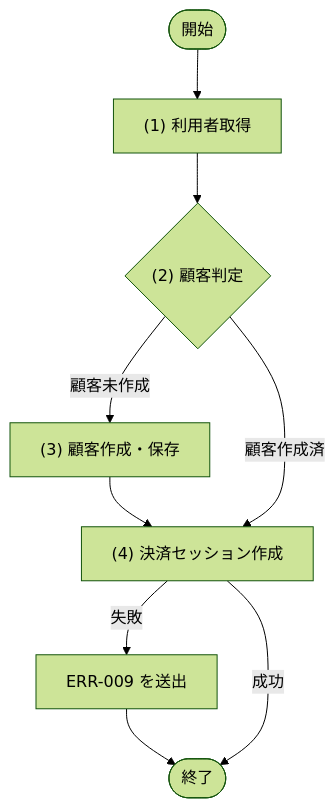
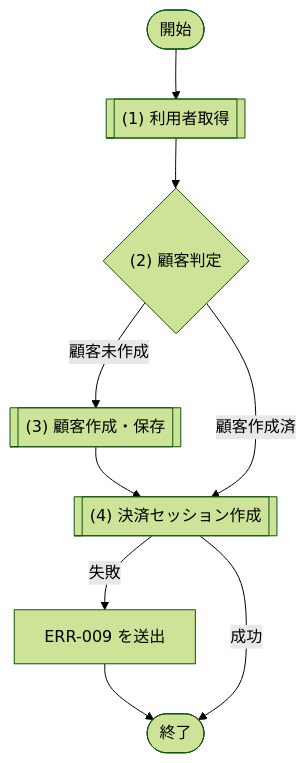
One commit to sikakou54/system-document-template changed the second of 6 diagrams in docs/03_機能設計/05_モジュール設計/MOD-007_課金サービス.md. Above: the diagram before and after it, drawn with Mermaid (forest theme). The commit also changed other lines of this file and 28 other files, not shown here.

````diff
--- a/docs/03_機能設計/05_モジュール設計/MOD-007_課金サービス.md
+++ b/docs/03_機能設計/05_モジュール設計/MOD-007_課金サービス.md
@@ -131,16 +131,16 @@
 ```mermaid
 flowchart TD
   Start([開始])
-  P1["(1) 利用者取得"]
+  P1[["(1) 利用者取得"]]
   D1{"(2) 顧客判定"}
-  P2["(3) 顧客作成・保存"]
-  P3["(4) 決済セッション作成"]
+  P2[["(3) 顧客作成・保存"]]
+  P3[["(4) 決済セッション作成"]]
   E1["ERR-009 を送出"]
   End([終了])
 
   Start --> P1 --> D1
   D1 -- "顧客未作成" --> P2 --> P3
   D1 -- "顧客作成済" --> P3
   P3 -- "失敗" --> E1 --> End
   P3 -- "成功" --> End
 ```
````
